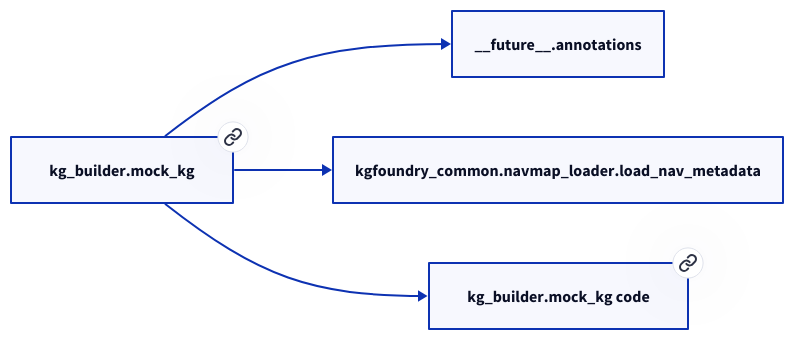
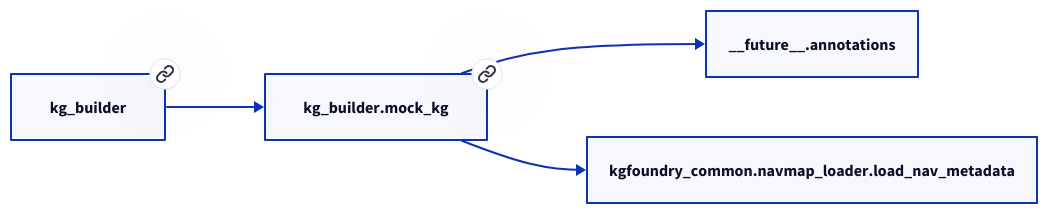
One commit to paul-heyse/kgforge changed the second of 2 diagrams in docs/modules/kg_builder/mock_kg.md. Above: the diagram before and after it, drawn with D2. The commit also changed other lines of this file and 208 other files, not shown here.

````diff
--- a/docs/modules/kg_builder/mock_kg.md
+++ b/docs/modules/kg_builder/mock_kg.md
@@ -34,10 +38,10 @@
 ```d2
 direction: right
-"kg_builder.mock_kg": "kg_builder.mock_kg" { link: "./kg_builder/mock_kg.md" }
+"kg_builder.mock_kg": "kg_builder.mock_kg" { link: "https://github.com/paul-heyse/kgfoundry/blob/main/src/kg_builder/mock_kg.py" }
 "__future__.annotations": "__future__.annotations"
 "kg_builder.mock_kg" -> "__future__.annotations"
 "kgfoundry_common.navmap_loader.load_nav_metadata": "kgfoundry_common.navmap_loader.load_nav_metadata"
 "kg_builder.mock_kg" -> "kgfoundry_common.navmap_loader.load_nav_metadata"
-"kg_builder.mock_kg_code": "kg_builder.mock_kg code" { link: "https://github.com/kgfoundry/kgfoundry/blob/main/src/kg_builder/mock_kg.py" }
-"kg_builder.mock_kg" -> "kg_builder.mock_kg_code" { style: dashed }
+"kg_builder": "kg_builder" { link: "https://github.com/paul-heyse/kgfoundry/blob/main/src/kg_builder/__init__.py" }
+"kg_builder" -> "kg_builder.mock_kg" { style: dashed }
 ```
````
